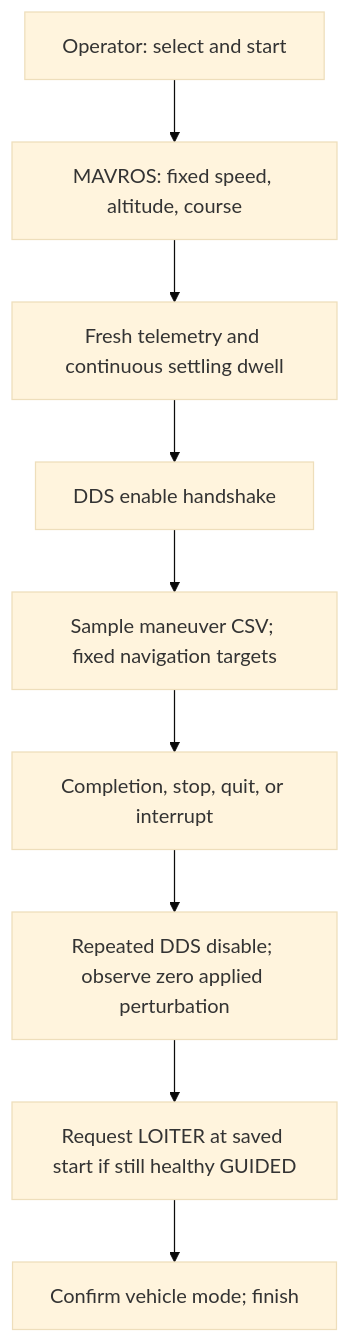
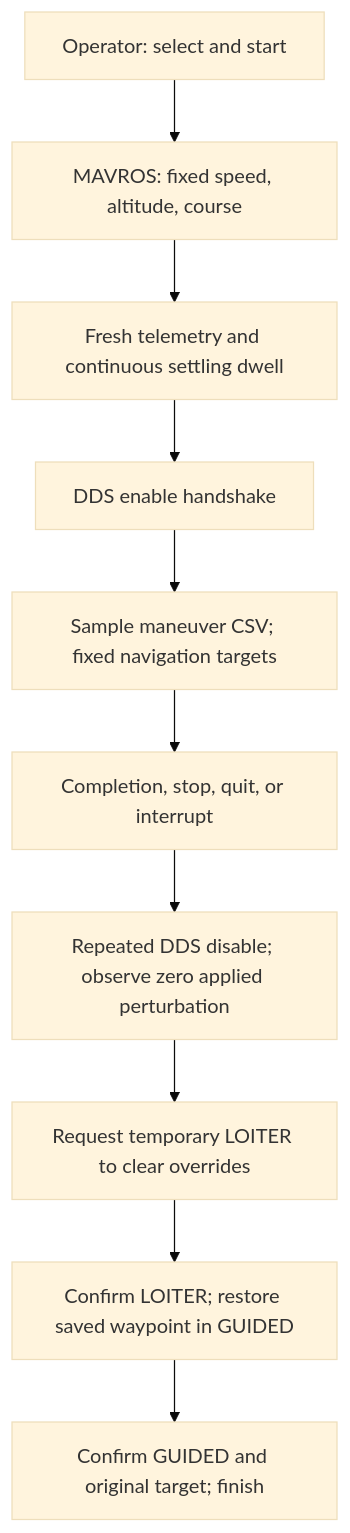
The diagram in ros2_sid/docs/straight_flight_plan.md (Xander-Mosley/ros2_sid), drawn with Mermaid (base theme) before and after one commit. The commit also changed other lines of this file and 8 other files, not shown here.

````diff
--- a/ros2_sid/docs/straight_flight_plan.md
+++ b/ros2_sid/docs/straight_flight_plan.md
@@ -167,11 +167,12 @@
 ```mermaid
 flowchart TD
     A[Operator: select and start] --> B[MAVROS: fixed speed, altitude, course]
     B --> C[Fresh telemetry and continuous settling dwell]
     C --> D[DDS enable handshake]
     D --> E[Sample maneuver CSV; fixed navigation targets]
     E --> F[Completion, stop, quit, or interrupt]
     F --> G[Repeated DDS disable; observe zero applied perturbation]
-    G --> H[Request LOITER at saved start if still healthy GUIDED]
-    H --> I[Confirm vehicle mode; finish]
+    G --> H[Request temporary LOITER to clear overrides]
+    H --> I[Confirm LOITER; restore saved waypoint in GUIDED]
+    I --> J[Confirm GUIDED and original target; finish]
 ```
````
